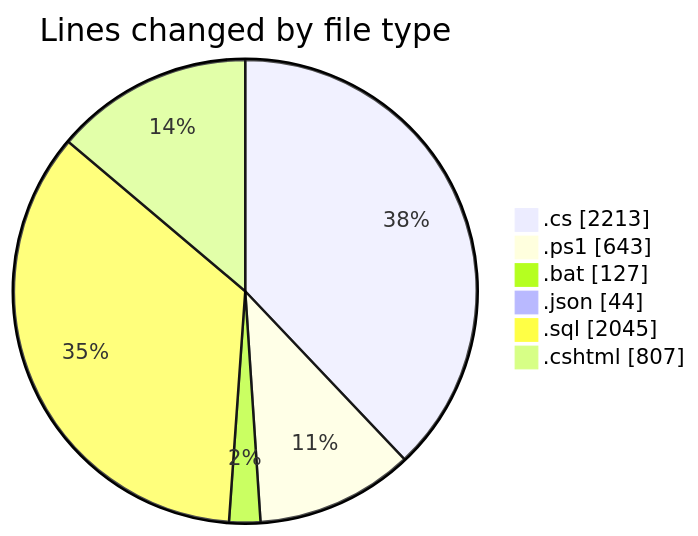
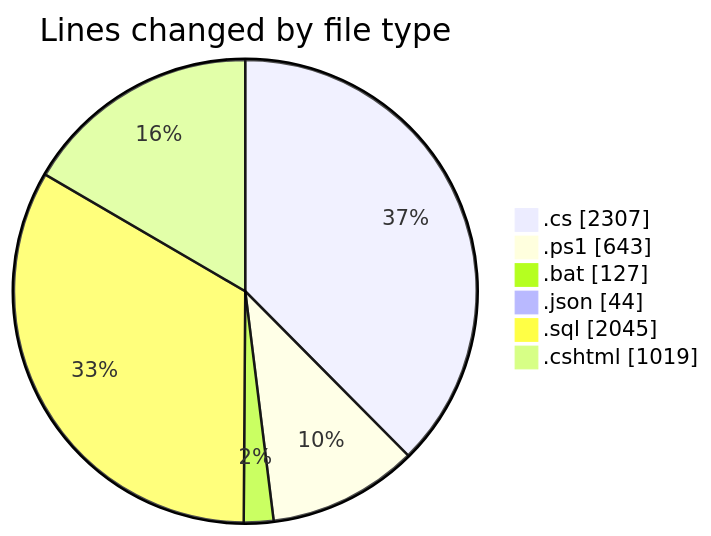
The first of 2 diagrams in 2025-07-28/quanlyrapchieuphim-2/README.md (lephambinh05/code-tracking), drawn with Mermaid before and after one commit. The commit also changed other lines of this file and 1 other file, not shown here.

````diff
--- a/2025-07-28/quanlyrapchieuphim-2/README.md
+++ b/2025-07-28/quanlyrapchieuphim-2/README.md
@@ -46,10 +46,10 @@
 ```mermaid
 pie showData
 title Lines changed by file type
-".cs" : 2213
+".cs" : 2307
 ".ps1" : 643
 ".bat" : 127
 ".json" : 44
 ".sql" : 2045
-".cshtml" : 807
+".cshtml" : 1019
 ```
````
